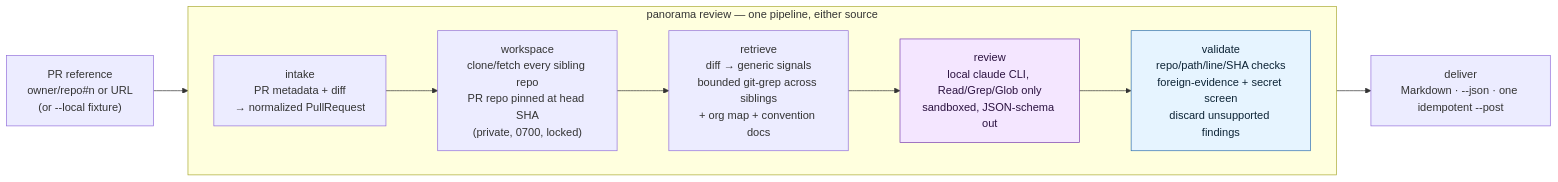
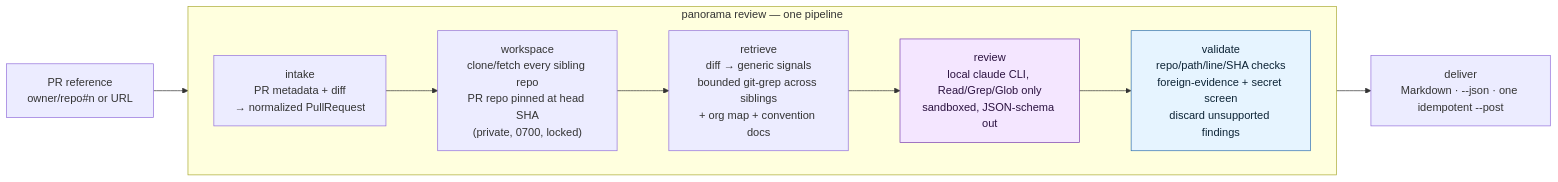
The diagram in docs/architecture.mmd (ishanavasthi/panorama), drawn with Mermaid before and after one commit. The commit also changed 1 other file, not shown here.

```diff
--- a/docs/architecture.mmd
+++ b/docs/architecture.mmd
@@ -1,25 +1,25 @@
 %% Panorama — architecture for the Loom "architecture" tab.
 %% Paste into https://mermaid.live (or open with any Mermaid preview) and
 %% keep it on a second browser tab. Left-to-right so it reads like the pipeline.
 flowchart LR
-    PR["PR reference<br/>owner/repo#n or URL<br/>(or --local fixture)"]
+    PR["PR reference<br/>owner/repo#n or URL"]
 
-    subgraph PIPE["panorama review — one pipeline, either source"]
+    subgraph PIPE["panorama review — one pipeline"]
         direction LR
         INTAKE["intake<br/>PR metadata + diff<br/>→ normalized PullRequest"]
         WORKSPACE["workspace<br/>clone/fetch every sibling repo<br/>PR repo pinned at head SHA<br/>(private, 0700, locked)"]
         RETRIEVE["retrieve<br/>diff → generic signals<br/>bounded git-grep across siblings<br/>+ org map + convention docs"]
         REVIEW["review<br/>local claude CLI, Read/Grep/Glob only<br/>sandboxed, JSON-schema out"]
         VALIDATE["validate<br/>repo/path/line/SHA checks<br/>foreign-evidence + secret screen<br/>discard unsupported findings"]
         INTAKE --> WORKSPACE --> RETRIEVE --> REVIEW --> VALIDATE
     end
 
     DELIVER["deliver<br/>Markdown · --json · one idempotent --post"]
 
     PR --> PIPE
     VALIDATE --> DELIVER
 
     classDef ai fill:#f4e6ff,stroke:#7a3fb0,color:#2b1240;
     classDef guard fill:#e6f4ff,stroke:#2f6fb0,color:#0d2436;
     class REVIEW ai;
     class VALIDATE guard;
```
